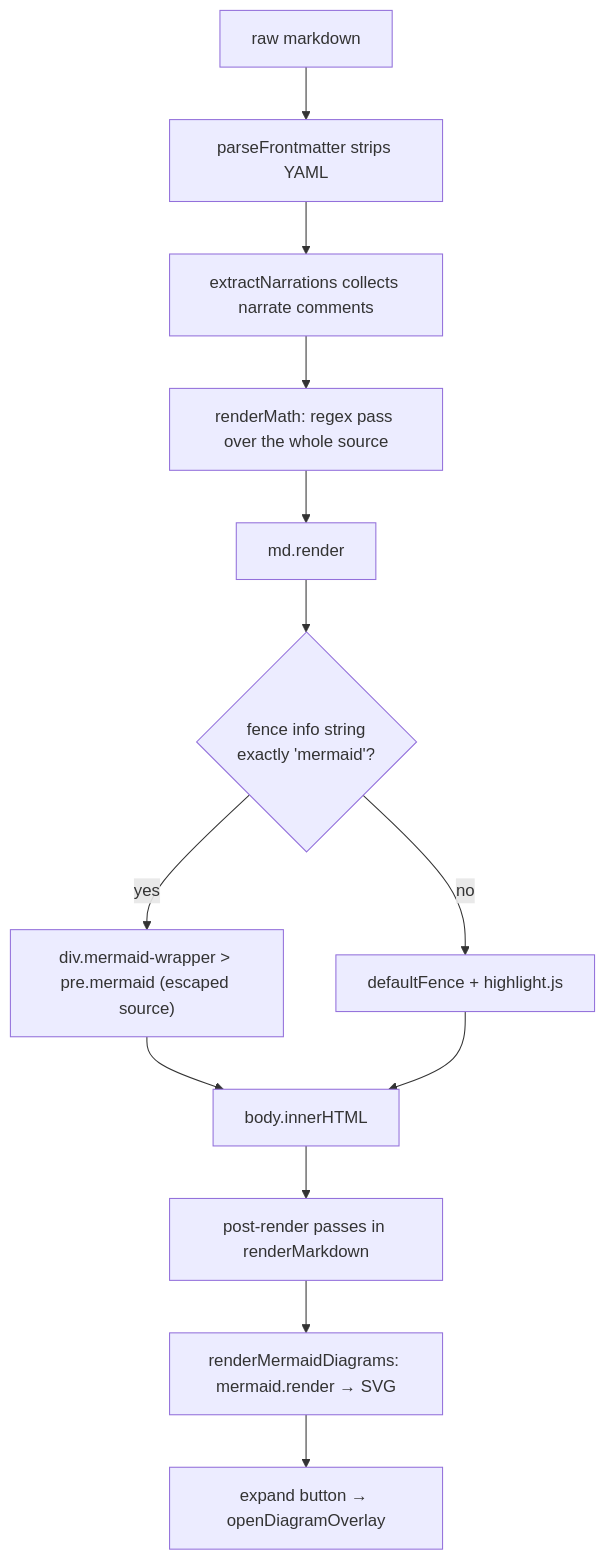
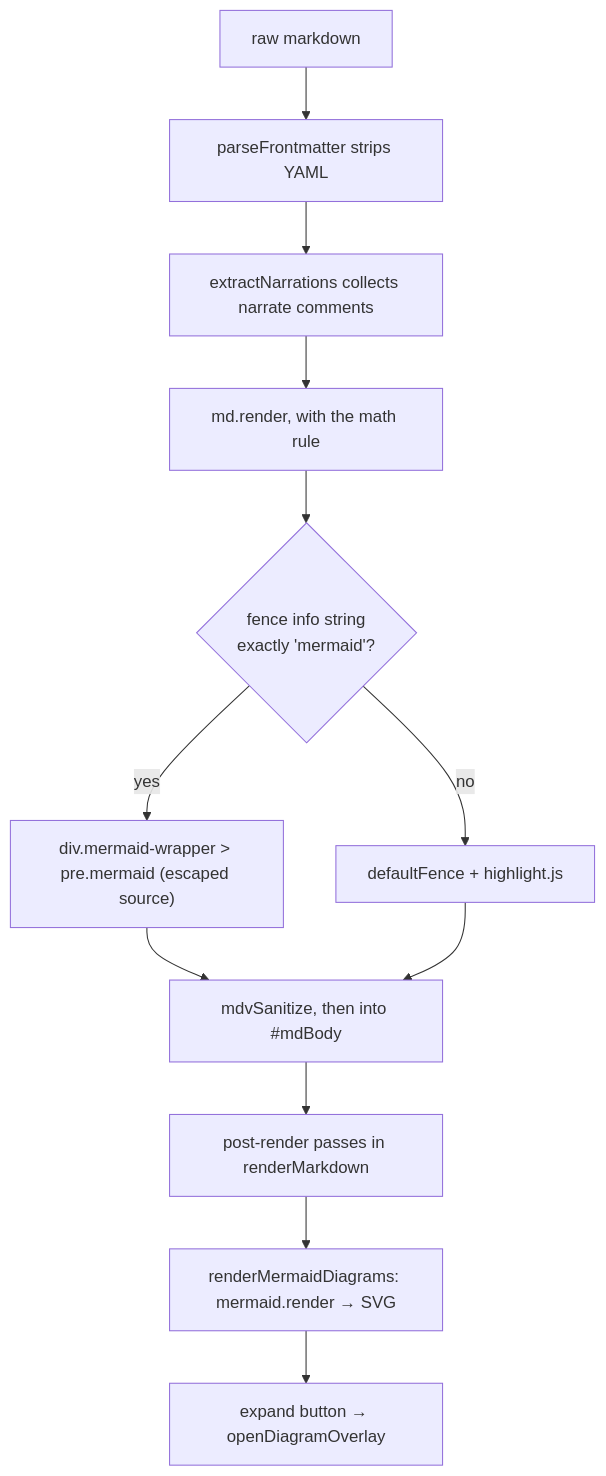
One commit to vikrantb/kites-markdown changed the first of 2 diagrams in docs/visualization-catalog.md. Above: the diagram before and after it, drawn with Mermaid. The commit also changed other lines of this file and 38 other files, not shown here.

First line of the commit message:
fix(visuals): every theme gets a designed reading surface, and diagrams that follow it (#8)

````diff
--- a/docs/visualization-catalog.md
+++ b/docs/visualization-catalog.md
@@ -82,15 +82,14 @@
 ```mermaid
 flowchart TD
   A[raw markdown] --> B[parseFrontmatter strips YAML]
   B --> C[extractNarrations collects narrate comments]
-  C --> D[renderMath: regex pass over the whole source]
-  D --> E[md.render]
+  C --> E[md.render, with the math rule]
   E --> F{fence info string<br/>exactly 'mermaid'?}
   F -- yes --> G["div.mermaid-wrapper > pre.mermaid (escaped source)"]
   F -- no --> H[defaultFence + highlight.js]
-  G --> I[body.innerHTML]
+  G --> I[mdvSanitize, then into #mdBody]
   H --> I
   I --> J[post-render passes in renderMarkdown]
   J --> K[renderMermaidDiagrams: mermaid.render → SVG]
   K --> L[expand button → openDiagramOverlay]
 ```
````
